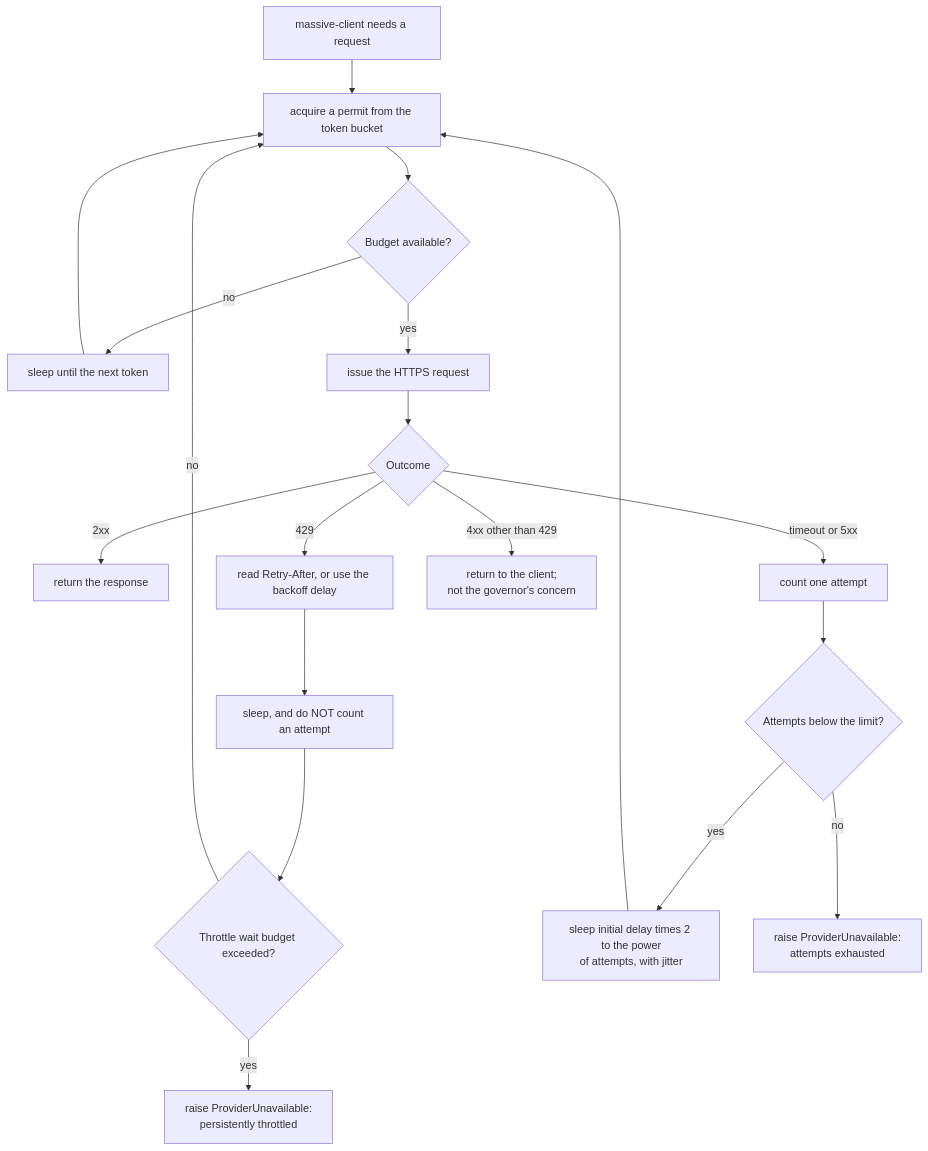
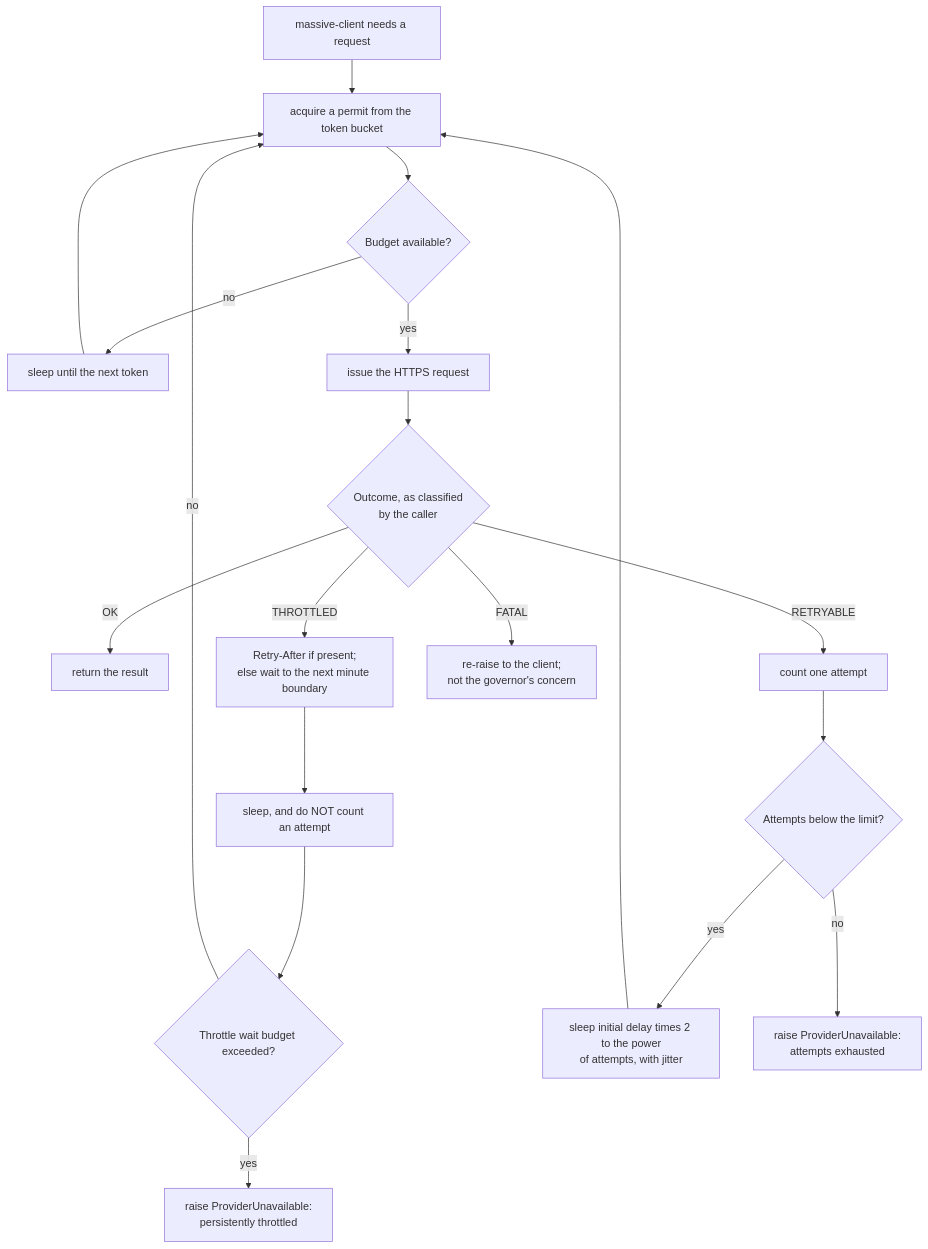
The diagram in docs/capabilities/CAP-001-market-data-acquisition-foundation/design/component-design-rate-limit-governor.md (ajodraca/FactorFlow-v2), drawn with Mermaid before and after one commit. The commit also changed other lines of this file and 14 other files, not shown here.

````diff
--- a/docs/capabilities/CAP-001-market-data-acquisition-foundation/design/component-design-rate-limit-governor.md
+++ b/docs/capabilities/CAP-001-market-data-acquisition-foundation/design/component-design-rate-limit-governor.md
@@ -92,19 +94,19 @@
 ```mermaid
 flowchart TD
     A["massive-client needs a request"] --> B["acquire a permit from the token bucket"]
     B --> C{"Budget available?"}
     C -->|no| D["sleep until the next token"] --> B
     C -->|yes| E["issue the HTTPS request"]
-    E --> F{"Outcome"}
-    F -->|"2xx"| G["return the response"]
-    F -->|"429"| H["read Retry-After, or use the backoff delay"]
+    E --> F{"Outcome, as classified<br/>by the caller"}
+    F -->|"OK"| G["return the result"]
+    F -->|"THROTTLED"| H["Retry-After if present;<br/>else wait to the next minute boundary"]
     H --> I["sleep, and do NOT count an attempt"]
     I --> J{"Throttle wait budget exceeded?"}
     J -->|no| B
     J -->|yes| K["raise ProviderUnavailable:<br/>persistently throttled"]
-    F -->|"timeout or 5xx"| L["count one attempt"]
+    F -->|"RETRYABLE"| L["count one attempt"]
     L --> M{"Attempts below the limit?"}
     M -->|yes| N["sleep initial delay times 2 to the power<br/>of attempts, with jitter"] --> B
     M -->|no| O["raise ProviderUnavailable:<br/>attempts exhausted"]
-    F -->|"4xx other than 429"| P["return to the client;<br/>not the governor's concern"]
+    F -->|"FATAL"| P["re-raise to the client;<br/>not the governor's concern"]
 ```
````
